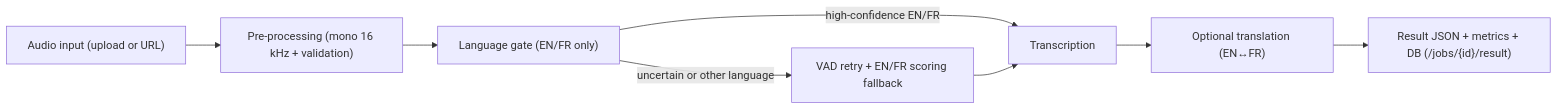
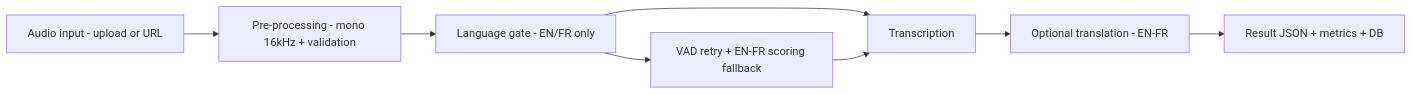
The first of 2 diagrams in langid_service/docs/PIPELINE.md (cisco7507/LangId-mr), drawn with Mermaid before and after one commit. The commit also changed other lines of this file and 3 other files, not shown here.

Commit message:
docs: sanitize mermaid diagrams to avoid parser errors

````diff
--- a/langid_service/docs/PIPELINE.md
+++ b/langid_service/docs/PIPELINE.md
@@ -20,10 +20,10 @@
 ```mermaid
 flowchart LR
-  A["Audio input (upload or URL)"] --> B["Pre-processing (mono 16 kHz + validation)"]
-  B --> C["Language gate (EN/FR only)"]
-  C -->|"high-confidence EN/FR"| D["Transcription"]
-  C -->|"uncertain or other language"| E["VAD retry + EN/FR scoring fallback"]
+  A[Audio input - upload or URL] --> B[Pre-processing - mono 16kHz + validation]
+  B --> C[Language gate - EN/FR only]
+  C --> D[Transcription]
+  C --> E[VAD retry + EN-FR scoring fallback]
   E --> D
-  D --> F["Optional translation (EN↔FR)"]
-  F --> G["Result JSON + metrics + DB (/jobs/{id}/result)"]
+  D --> F[Optional translation - EN-FR]
+  F --> G[Result JSON + metrics + DB]
 ```
````
